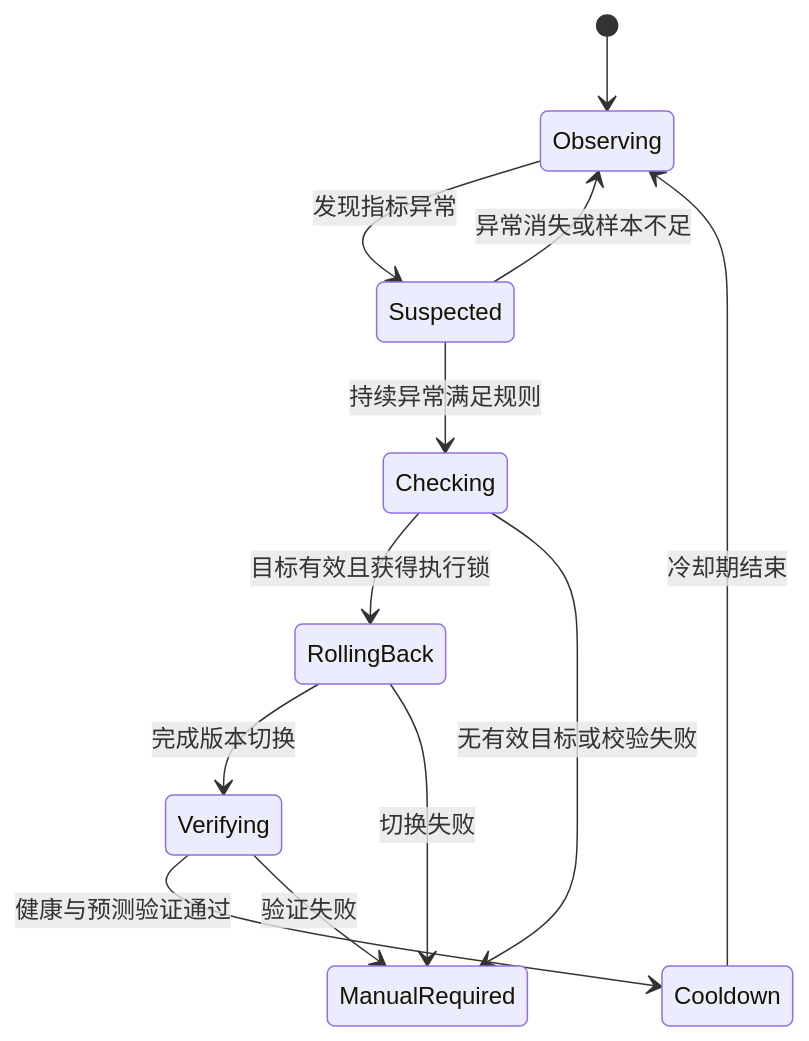
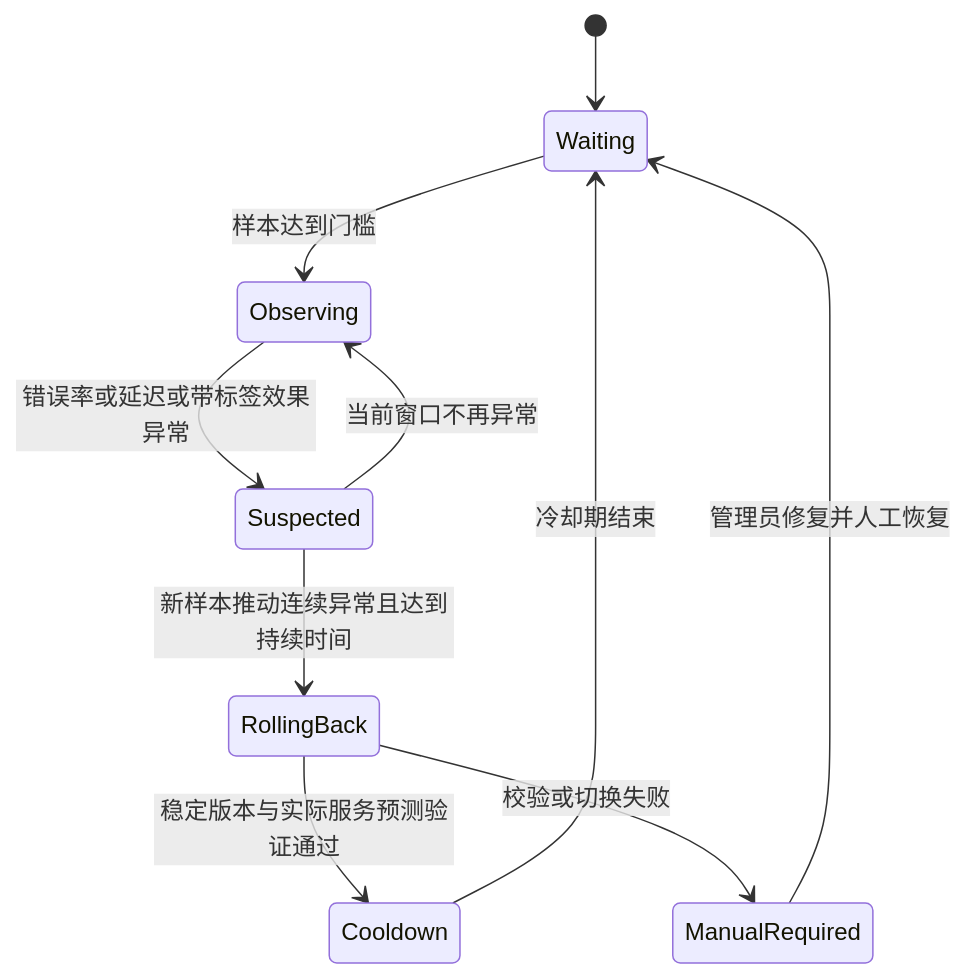
One commit to csar1314/mlops-deployment-monitoring-rollback changed the second of 2 diagrams in docs/architecture.md. Above: the diagram before and after it, drawn with Mermaid. The commit also changed other lines of this file and 47 other files, not shown here.

````diff
--- a/docs/architecture.md
+++ b/docs/architecture.md
@@ -29,14 +57,12 @@
 ```mermaid
 stateDiagram-v2
-    [*] --> Observing
-    Observing --> Suspected: 发现指标异常
-    Suspected --> Observing: 异常消失或样本不足
-    Suspected --> Checking: 持续异常满足规则
-    Checking --> RollingBack: 目标有效且获得执行锁
-    Checking --> ManualRequired: 无有效目标或校验失败
-    RollingBack --> Verifying: 完成版本切换
-    RollingBack --> ManualRequired: 切换失败
-    Verifying --> Cooldown: 健康与预测验证通过
-    Verifying --> ManualRequired: 验证失败
-    Cooldown --> Observing: 冷却期结束
+    [*] --> Waiting
+    Waiting --> Observing: 样本达到门槛
+    Observing --> Suspected: 错误率或延迟或带标签效果异常
+    Suspected --> Observing: 当前窗口不再异常
+    Suspected --> RollingBack: 新样本推动连续异常且达到持续时间
+    RollingBack --> Cooldown: 稳定版本与实际服务预测验证通过
+    RollingBack --> ManualRequired: 校验或切换失败
+    Cooldown --> Waiting: 冷却期结束
+    ManualRequired --> Waiting: 管理员修复并人工恢复
 ```
````
